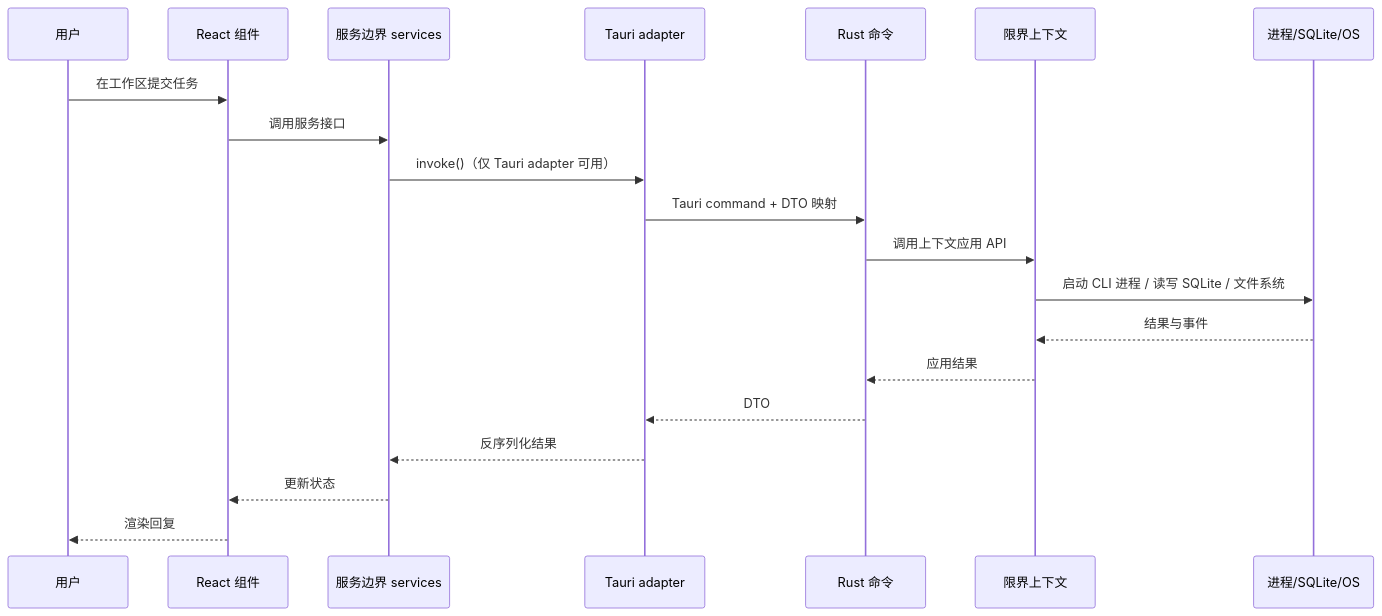
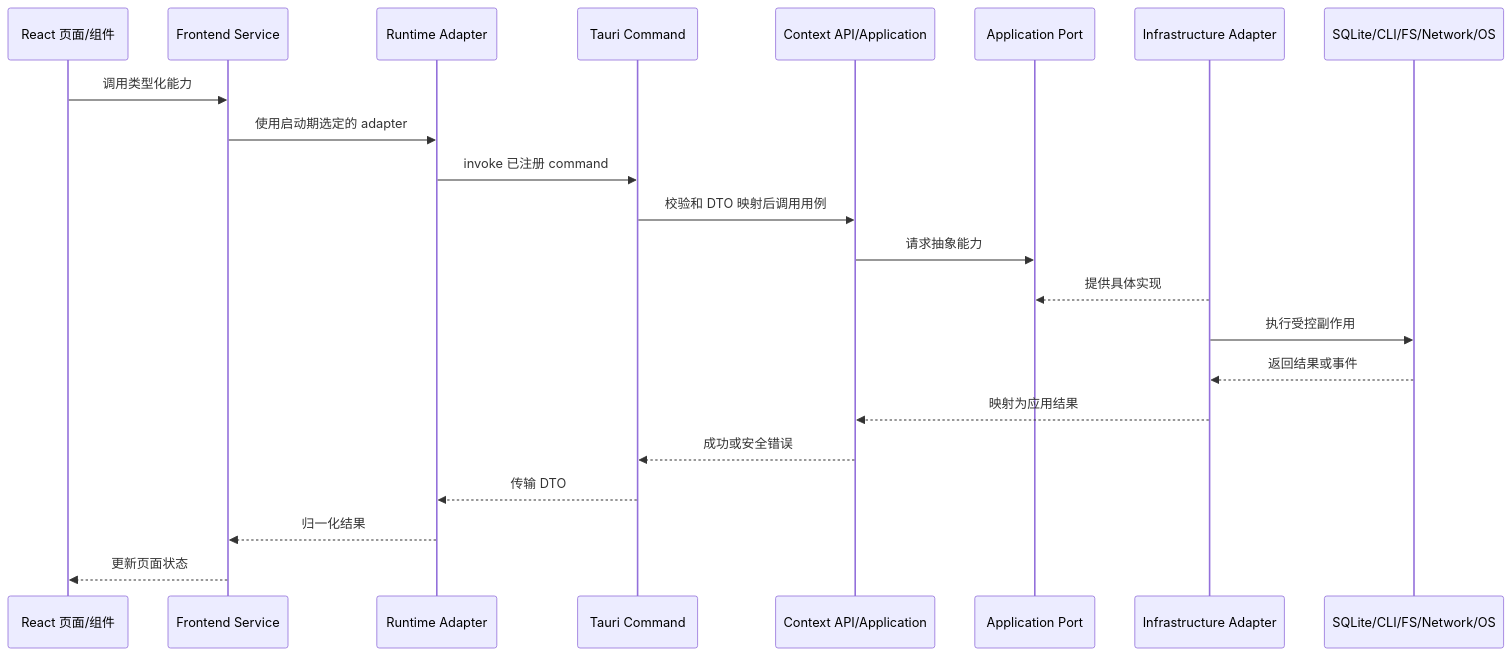
Before and after one commit to cdavid817/vanehub-ai: the second of 2 diagrams in docs/developer-guide/zh-CN/src/repository-orientation.md, drawn with Mermaid. The commit also changed other lines of this file and 80 other files, not shown here.

````diff
--- a/docs/developer-guide/zh-CN/src/repository-orientation.md
+++ b/docs/developer-guide/zh-CN/src/repository-orientation.md
@@ -149,23 +274,25 @@
 ```mermaid
 sequenceDiagram
-  participant U as 用户
-  participant UI as React 组件
-  participant SVC as 服务边界 services
-  participant TAU as Tauri adapter
-  participant CMD as Rust 命令
-  participant CTX as 限界上下文
-  participant OS as 进程/SQLite/OS
+  participant UI as React 页面/组件
+  participant SVC as Frontend Service
+  participant ADP as Runtime Adapter
+  participant CMD as Tauri Command
+  participant API as Context API/Application
+  participant PORT as Application Port
+  participant INF as Infrastructure Adapter
+  participant EXT as SQLite/CLI/FS/Network/OS
 
-  U->>UI: 在工作区提交任务
-  UI->>SVC: 调用服务接口
-  SVC->>TAU: invoke()（仅 Tauri adapter 可用）
-  TAU->>CMD: Tauri command + DTO 映射
-  CMD->>CTX: 调用上下文应用 API
-  CTX->>OS: 启动 CLI 进程 / 读写 SQLite / 文件系统
-  OS-->>CTX: 结果与事件
-  CTX-->>CMD: 应用结果
-  CMD-->>TAU: DTO
-  TAU-->>SVC: 反序列化结果
-  SVC-->>UI: 更新状态
-  UI-->>U: 渲染回复
+  UI->>SVC: 调用类型化能力
+  SVC->>ADP: 使用启动期选定的 adapter
+  ADP->>CMD: invoke 已注册 command
+  CMD->>API: 校验和 DTO 映射后调用用例
+  API->>PORT: 请求抽象能力
+  INF-->>PORT: 提供具体实现
+  INF->>EXT: 执行受控副作用
+  EXT-->>INF: 返回结果或事件
+  INF-->>API: 映射为应用结果
+  API-->>CMD: 成功或安全错误
+  CMD-->>ADP: 传输 DTO
+  ADP-->>SVC: 归一化结果
+  SVC-->>UI: 更新页面状态
 ```
````
